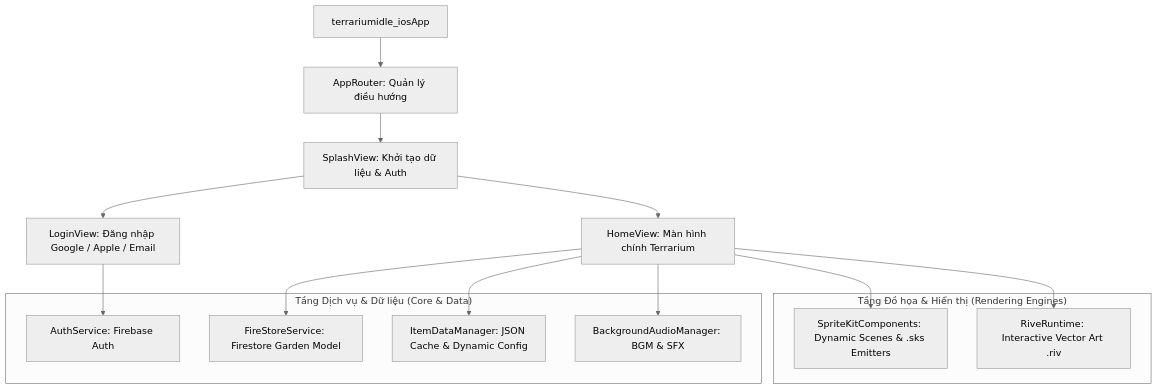
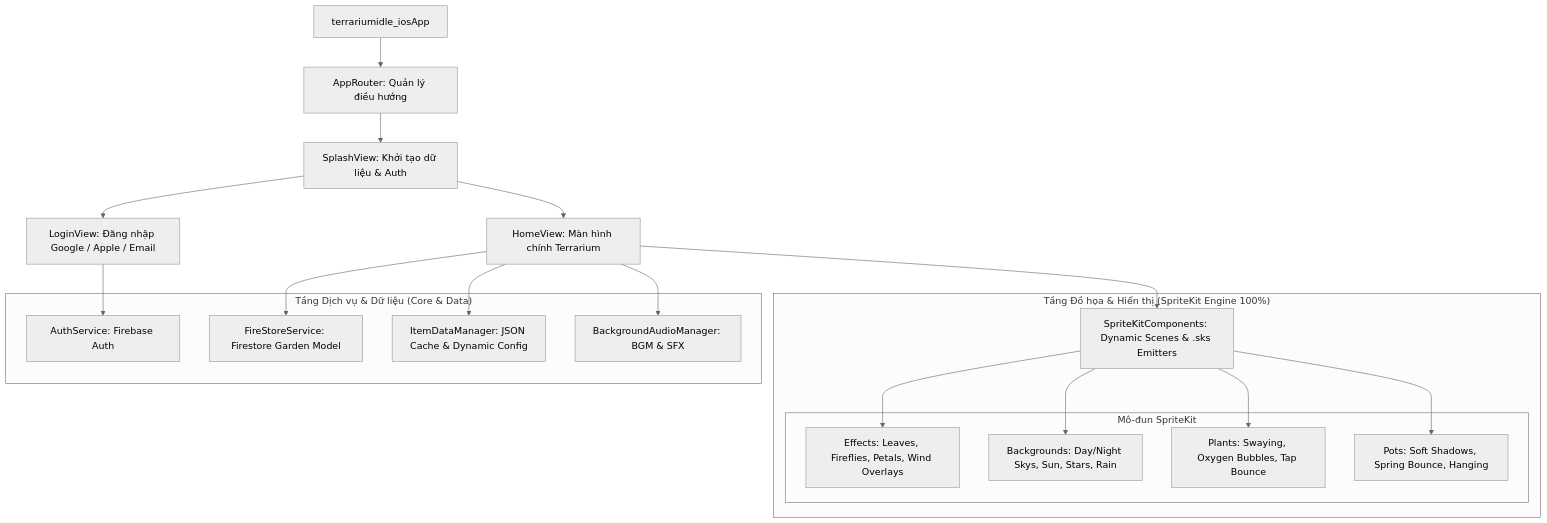
Before and after one commit to vqh2602/terrariumidle_ios: the first of 4 diagrams in README.md, drawn with Mermaid (neutral theme). The commit also changed other lines of this file and 6 other files, not shown here.

Commit message:
refactor: replace Rive components and assets with SpriteKit views

````diff
--- a/README.md
+++ b/README.md
@@ -36,27 +36,35 @@
 ```mermaid
 flowchart TD
     App[terrariumidle_iosApp] --> Router[AppRouter: Quản lý điều hướng]
     Router --> Splash[SplashView: Khởi tạo dữ liệu & Auth]
     Splash --> Login[LoginView: Đăng nhập Google / Apple / Email]
     Splash --> Home[HomeView: Màn hình chính Terrarium]
 
     subgraph CoreServices["Tầng Dịch vụ & Dữ liệu (Core & Data)"]
         Auth[AuthService: Firebase Auth]
         Firestore[FireStoreService: Firestore Garden Model]
         ItemManager[ItemDataManager: JSON Cache & Dynamic Config]
         Audio[BackgroundAudioManager: BGM & SFX]
     end
 
     Login --> Auth
     Home --> Firestore
     Home --> ItemManager
     Home --> Audio
 
-    subgraph GraphicsEngine["Tầng Đồ họa & Hiển thị (Rendering Engines)"]
+    subgraph GraphicsEngine["Tầng Đồ họa & Hiển thị (SpriteKit Engine 100%)"]
         SpriteKitSystem[SpriteKitComponents: Dynamic Scenes & .sks Emitters]
-        RiveSystem[RiveRuntime: Interactive Vector Art .riv]
+        subgraph SpriteKitModules["Mô-đun SpriteKit"]
+            SKEffects[Effects: Leaves, Fireflies, Petals, Wind Overlays]
+            SKBg[Backgrounds: Day/Night Skys, Sun, Stars, Rain]
+            SKPlants[Plants: Swaying, Oxygen Bubbles, Tap Bounce]
+            SKPots[Pots: Soft Shadows, Spring Bounce, Hanging]
+        end
+        SpriteKitSystem --> SKEffects
+        SpriteKitSystem --> SKBg
+        SpriteKitSystem --> SKPlants
+        SpriteKitSystem --> SKPots
     end
 
     Home --> SpriteKitSystem
-    Home --> RiveSystem
 ```
````
